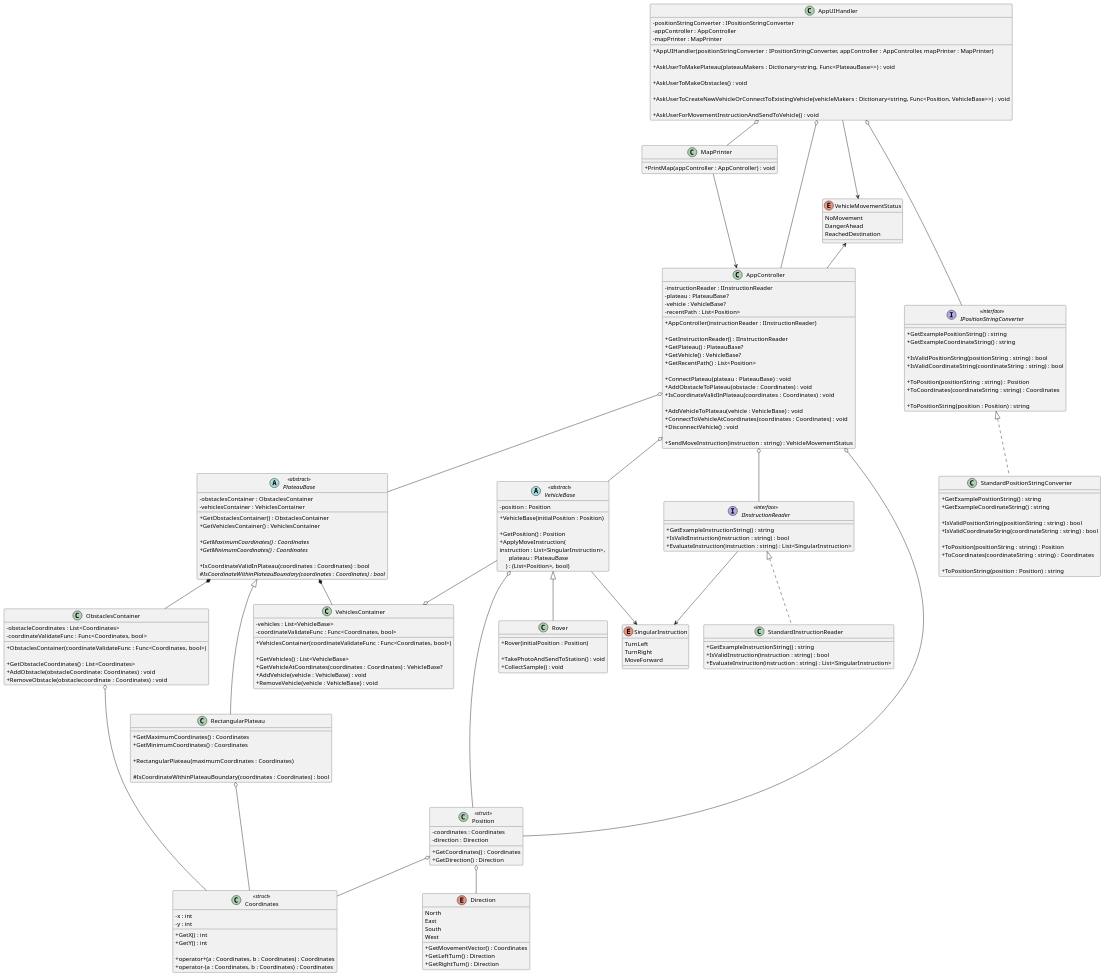
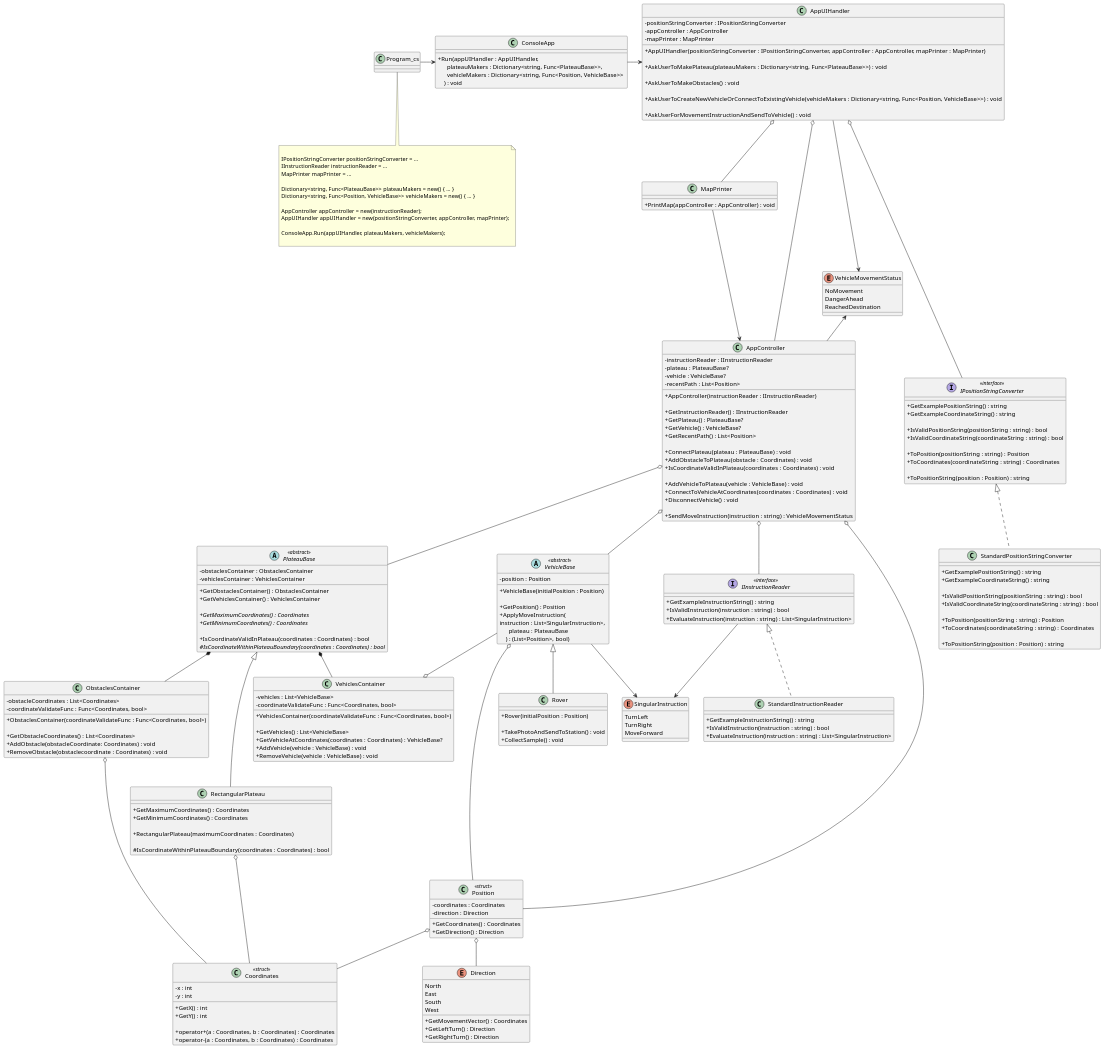
The diagram in diagrams/MarsRoverChallenge.puml (iamfranco/MarsRoverChallenge), drawn with PlantUML before and after one commit. The commit also changed 1 other file, not shown here.

Commit message:
UML: add ConsoleApp and Program_cs class to diagram

```diff
--- a/diagrams/MarsRoverChallenge.puml
+++ b/diagrams/MarsRoverChallenge.puml
@@ -21,6 +21,14 @@
   + AskUserToCreateNewVehicleOrConnectToExistingVehicle(vehicleMakers : Dictionary<string, Func<Position, VehicleBase>>) : void
 
   + AskUserForMovementInstructionAndSendToVehicle() : void
+}
+
+class ConsoleApp
+{
+  + Run(appUIHandler : AppUIHandler, \n\
+      plateauMakers : Dictionary<string, Func<PlateauBase>>, \n\
+      vehicleMakers : Dictionary<string, Func<Position, VehicleBase>> \n\
+    ) : void
 }
 
 enum VehicleMovementStatus
@@ -208,6 +216,25 @@
     ) : (List<Position>, bool)
 }
 
+ConsoleApp -> AppUIHandler
+Program_cs -> ConsoleApp
+
+note bottom of Program_cs
+
+IPositionStringConverter positionStringConverter = ...
+IInstructionReader instructionReader = ...
+MapPrinter mapPrinter = ...
+
+Dictionary<string, Func<PlateauBase>> plateauMakers = new() { ... }
+Dictionary<string, Func<Position, VehicleBase>> vehicleMakers = new() { ... }
+
+AppController appController = new(instructionReader);
+AppUIHandler appUIHandler = new(positionStringConverter, appController, mapPrinter);
+
+ConsoleApp.Run(appUIHandler, plateauMakers, vehicleMakers);
+
+end note
+
 AppUIHandler o--- AppController
 AppUIHandler o-- MapPrinter
 AppUIHandler o---- IPositionStringConverter
```
